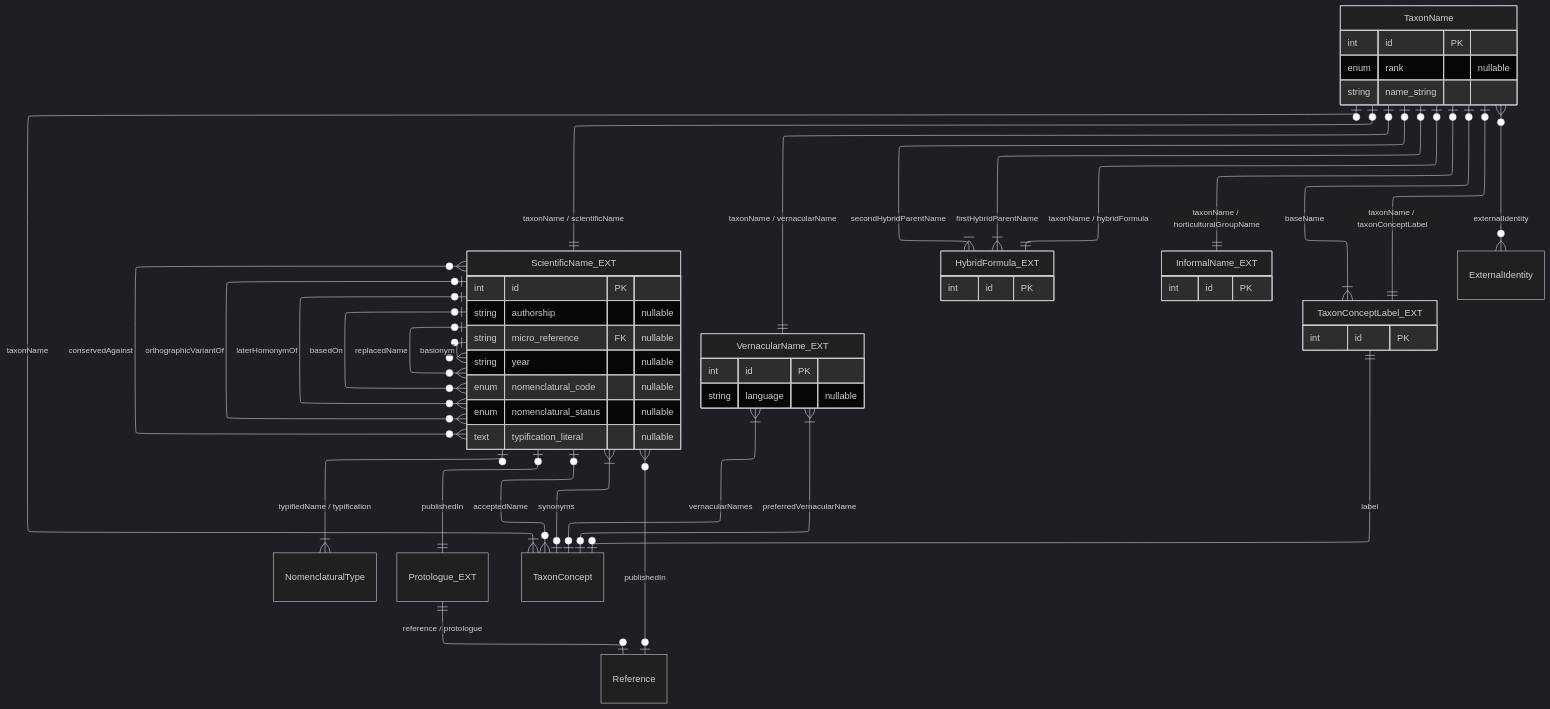
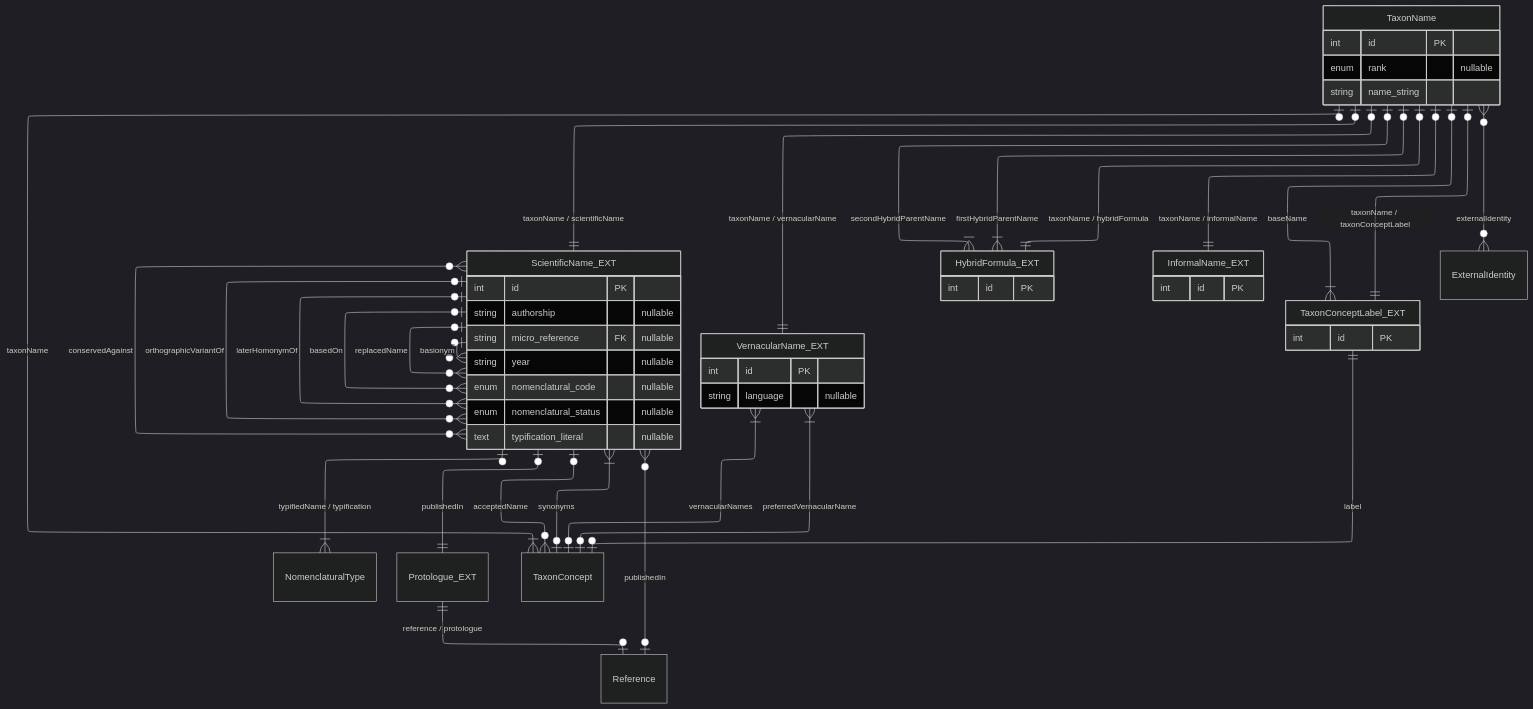
Before and after one commit to vicflora/vicflora-docs: the diagram in source/_mermaid/layer-2a-core-nomenclature.mmd, drawn with Mermaid (dark theme). The commit also changed 1 other file, not shown here.

```diff
--- a/source/_mermaid/layer-2a-core-nomenclature.mmd
+++ b/source/_mermaid/layer-2a-core-nomenclature.mmd
@@ -1,112 +1,112 @@
 ---
 config:
   layout: elk
 ---
 erDiagram
   %% Sidecars
   TaxonName |o--|| ScientificName_EXT : "taxonName / scientificName"
 
   %% Typification
   ScientificName_EXT |o--|{ NomenclaturalType : "typifiedName / typification"
 
   %% Scientific Name authorship
   %% ScientificName_EXT |o--|{ ScientificName_Author_MAP : scientificName
   %% ScientificName_Author_MAP }|--o{ Agent : agent
   ScientificName_EXT |o--|| Protologue_EXT : "publishedIn"
   Protologue_EXT ||--o| Reference : "reference / protologue"
   ScientificName_EXT }o--o| Reference : "publishedIn"
 
   TaxonName |o--|| VernacularName_EXT : "taxonName / vernacularName"
 
   %% The Syntactic Relationships
   %% ScientificName_EXT |o..|{ NameRelation_MAP : "fromName"
   %% ScientificName_EXT |o..|{ NameRelation_MAP : "toName"
   ScientificName_EXT |o--o{ ScientificName_EXT : "basionym"
   ScientificName_EXT |o--o{ ScientificName_EXT : "replacedName"
   ScientificName_EXT |o--o{ ScientificName_EXT : "basedOn"
   ScientificName_EXT |o--o{ ScientificName_EXT : "laterHomonymOf"
   ScientificName_EXT |o--o{ ScientificName_EXT : "orthographicVariantOf"
   ScientificName_EXT }o--o{ ScientificName_EXT : "conservedAgainst"
 
   %% Taxon Name <--> Taxon Concept relationships
   TaxonName |o--|{ TaxonConcept : "taxonName"
   ScientificName_EXT |o--o{ TaxonConcept : "acceptedName"
   ScientificName_EXT }|--o| TaxonConcept : "synonyms"
   %% ScientificName_EXT |o..|{ ScientificNameUsage_MAP : "scientificName"
   %% ScientificNameUsage_MAP }|..o{ TaxonConcept : "taxonConcept"
   VernacularName_EXT }|--o| TaxonConcept : "vernacularNames"
   VernacularName_EXT }|--o| TaxonConcept : "preferredVernacularName"
   %% VernacularName_EXT |o..|{ VernacularNameUsage_MAP : "vernacularName"
   %% VernacularNameUsage_MAP }|..o| TaxonConcept : "taxonConcept"
 
   TaxonName |o--|| HybridFormula_EXT : "taxonName / hybridFormula"
   TaxonName |o--|{  HybridFormula_EXT : "firstHybridParentName"
   TaxonName |o--|{ HybridFormula_EXT : "secondHybridParentName"
 
-  TaxonName |o--|| InformalName_EXT : "taxonName / horticulturalGroupName"
+  TaxonName |o--|| InformalName_EXT : "taxonName / informalName"
 
   TaxonName |o--|| TaxonConceptLabel_EXT : "taxonName / taxonConceptLabel"
 
   %% Taxon Concept Label
   TaxonConceptLabel_EXT ||--o| TaxonConcept : "label"
   TaxonName |o--|{ TaxonConceptLabel_EXT : baseName
 
   %% External identifiers
   %% TaxonName |o--|{ Entity_Identity_MAP : "morphs as 'linkable'"
   %% Entity_Identity_MAP }|--o| ExternalIdentity : "externalIdentity"
   TaxonName }o--o{ ExternalIdentity : "externalIdentity"
 
   TaxonName {
     int id PK
     enum rank "nullable"
     string name_string
   }
 
   ScientificName_EXT {
     int id PK
     string authorship "nullable"
     %% int name_published_in_id FK "nullable"
     %% string name_published_in FK "nullable"
     string micro_reference FK "nullable"
     string year "nullable"
     enum nomenclatural_code "nullable"
     enum nomenclatural_status "nullable"
     text typification_literal "nullable"
   }
 
   VernacularName_EXT {
     int id PK
     string language "nullable"
   }
 
   TaxonConceptLabel_EXT {
     int id PK
     %% int taxon_concept_id FK
     %% int base_name_id FK
   }
 
   HybridFormula_EXT {
     int id PK
     %% int first_hybrid_parent_name_id FK
     %% int second_hybrid_parent_name_id FK
   }
 
   InformalName_EXT {
     int id PK
   }
 
   %% NameRelation_MAP {
   %%   int id PK
   %%   int from_taxon_name_id FK
   %%   int to_taxon_name_id FK
   %%   enum name_relation_type
   %%   string remarks "nullable"
   %% }
 
   %% ScientificName_Author_MAP {
   %%   int id PK
   %%   int scientific_name_id FK
   %%   int agent_id FK
   %%   enum author_role
   %%   int sequence
   %% }
```
